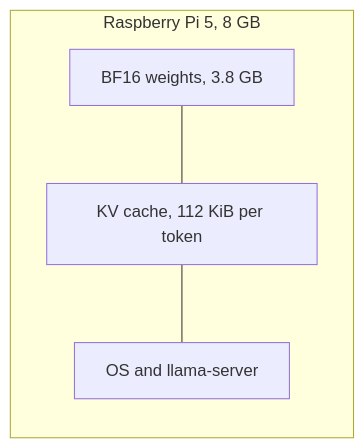
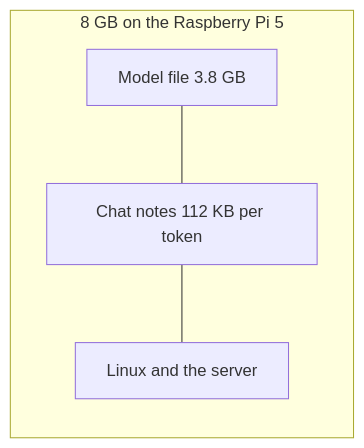
The third of 6 diagrams in docs/Presentation.md (WajahatRiaz/g7a1-ai-edge-devices-project), drawn with Mermaid before and after one commit. The commit also changed other lines of this file, not shown here.

````diff
--- a/docs/Presentation.md
+++ b/docs/Presentation.md
@@ -44,9 +175,9 @@
 ```mermaid
 flowchart LR
-  subgraph board [Raspberry Pi 5, 8 GB]
-    W[BF16 weights, 3.8 GB]
-    K[KV cache, 112 KiB per token]
-    O[OS and llama-server]
+  subgraph board [8 GB on the Raspberry Pi 5]
+    W[Model file 3.8 GB]
+    K[Chat notes 112 KB per token]
+    O[Linux and the server]
   end
   W --- K --- O
 ```
````
